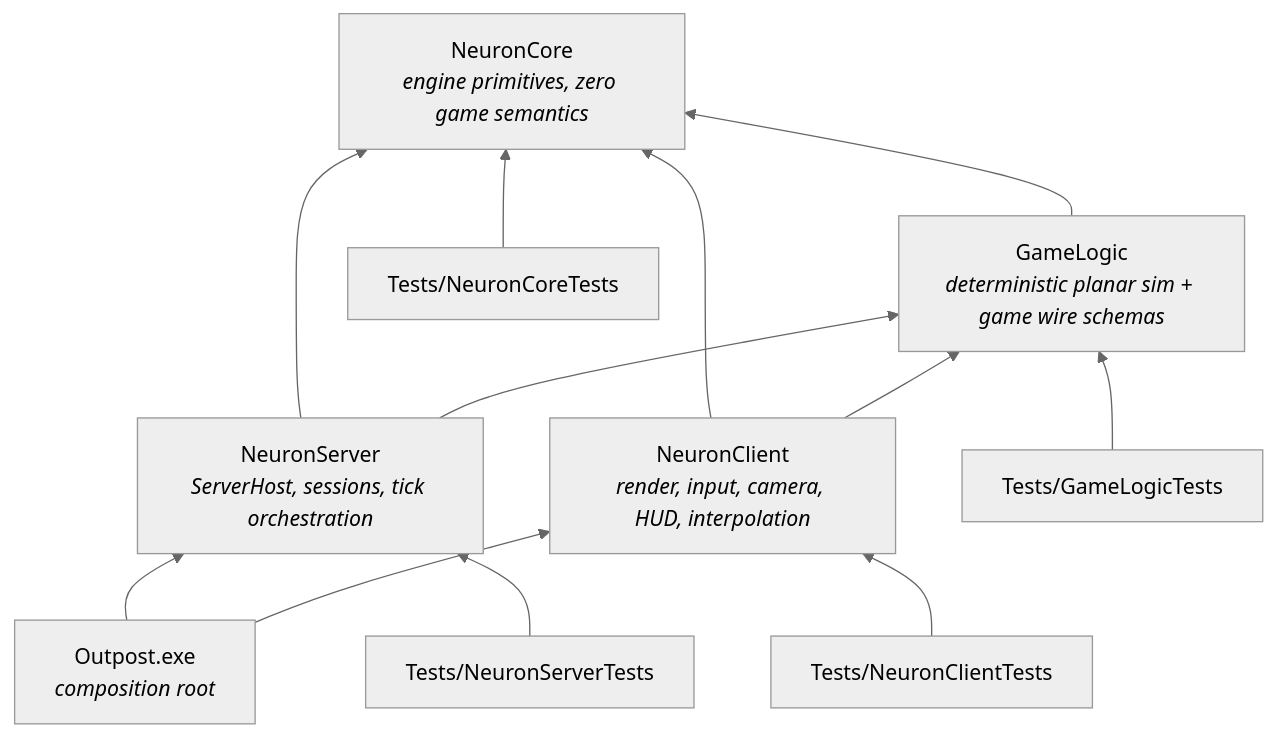
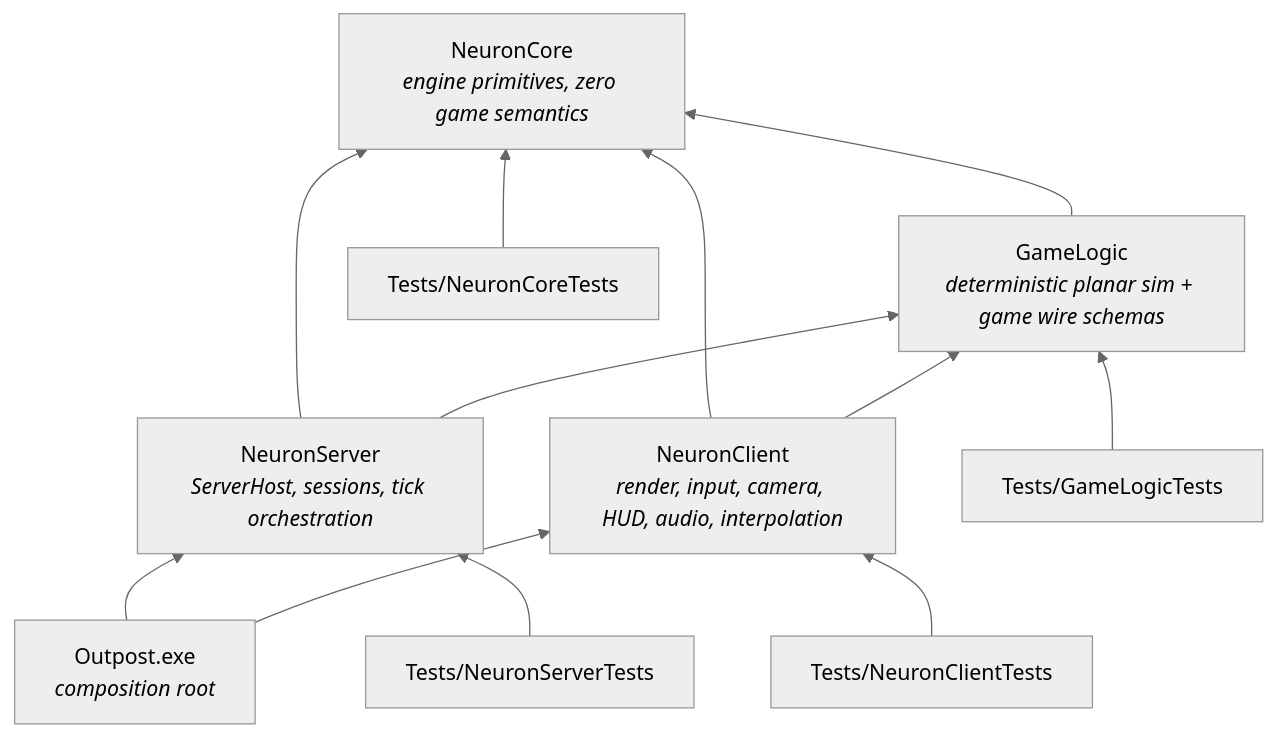
One commit to Zwaliebaba/Outpost.Frontier changed the diagram in Design/Dependency-Map.md. Above: the diagram before and after it, drawn with Mermaid (neutral theme). The commit also changed other lines of this file and 16 other files, not shown here.

````diff
--- a/Design/Dependency-Map.md
+++ b/Design/Dependency-Map.md
@@ -9,15 +11,15 @@
 ```mermaid
 flowchart BT
     NC["NeuronCore<br/><i>engine primitives, zero game semantics</i>"]
     GL["GameLogic<br/><i>deterministic planar sim + game wire schemas</i>"] --> NC
     NS["NeuronServer<br/><i>ServerHost, sessions, tick orchestration</i>"] --> NC
     NS --> GL
-    NCL["NeuronClient<br/><i>render, input, camera, HUD, interpolation</i>"] --> NC
+    NCL["NeuronClient<br/><i>render, input, camera, HUD, audio, interpolation</i>"] --> NC
     NCL --> GL
     EXE["Outpost.exe<br/><i>composition root</i>"] --> NS
     EXE --> NCL
     TGL["Tests/GameLogicTests"] --> GL
     TNC["Tests/NeuronCoreTests"] --> NC
     TNS["Tests/NeuronServerTests"] --> NS
     TNCL["Tests/NeuronClientTests"] --> NCL
 ```
````
